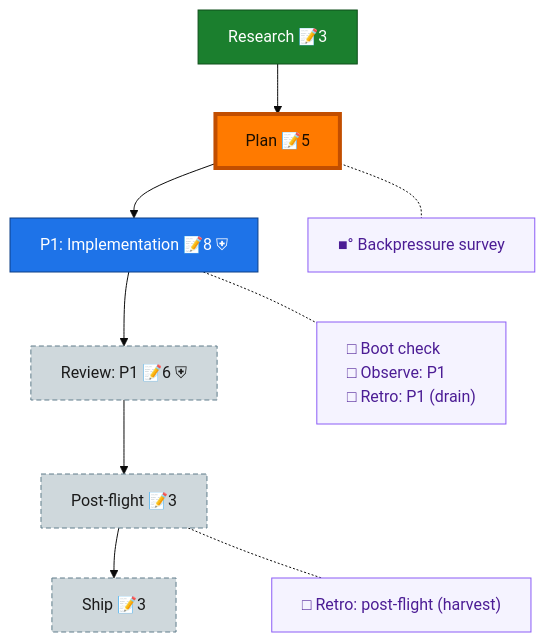
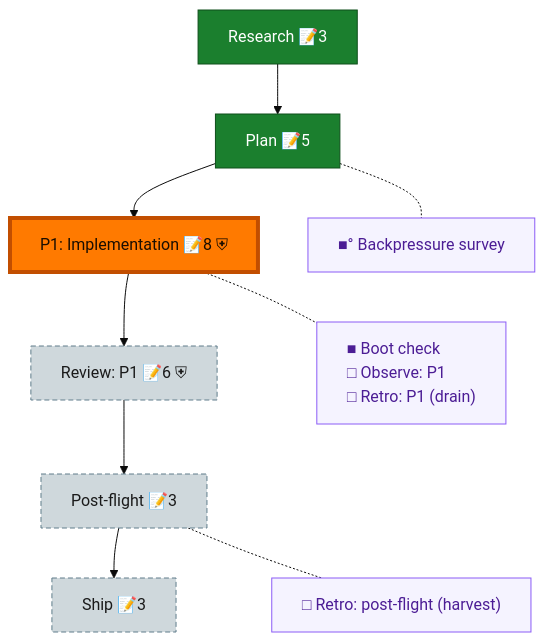
The diagram in docs/plans/081-flow-reachability/the-flow.md (AI-Substrate/harness-engineering), drawn with Mermaid (base theme) before and after one commit. The commit also changed other lines of this file and 4 other files, not shown here.

````diff
--- a/docs/plans/081-flow-reachability/the-flow.md
+++ b/docs/plans/081-flow-reachability/the-flow.md
@@ -8,30 +8,30 @@
 ```mermaid
 flowchart TD
     research["Research 📝3"]:::done
     plan["Plan 📝5"]:::done
     phase_1["P1: Implementation 📝8 ⛨"]:::known
     review_1["Review: P1 📝6 ⛨"]:::assumed
     post_flight["Post-flight 📝3"]:::assumed
     ship["Ship 📝3"]:::assumed
 
     research --> plan --> phase_1 --> review_1 --> post_flight --> ship
 
     planC["■° Backpressure survey"]:::chore
-    phase_1C["□ Boot check<br/>□ Observe: P1<br/>□ Retro: P1 (drain)"]:::chore
+    phase_1C["■ Boot check<br/>□ Observe: P1<br/>□ Retro: P1 (drain)"]:::chore
     post_flightC["□ Retro: post-flight (harvest)"]:::chore
 
     %% invisible chain holds the gutter boxes in their own column
     planC ~~~ phase_1C ~~~ post_flightC
 
     %% dotted links pull each gutter box beside its node
     plan -.- planC
     phase_1 -.- phase_1C
     post_flight -.- post_flightC
 
     classDef done fill:#1B7F2E,stroke:#0F4F1B,color:#fff;
     classDef known fill:#1E73E8,stroke:#0D3F86,color:#fff;
     classDef assumed fill:#CFD8DC,stroke:#607D8B,color:#1a1a1a,stroke-dasharray:5 3;
     classDef chore fill:#f5f3ff,stroke:#8b5cf6,color:#4c1d95,text-align:left;
     classDef current fill:#FF7A00,stroke:#C24E00,color:#1a0e00,stroke-width:4px;
-    class plan current;
+    class phase_1 current;
 ```
````
